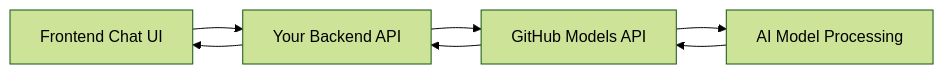
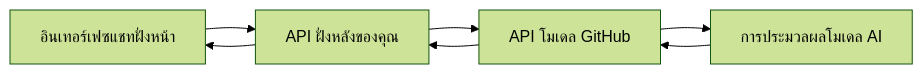
The fourth of 14 diagrams in translations/th/9-chat-project/README.md (microsoft/Web-Dev-For-Beginners), drawn with Mermaid (forest theme) before and after one commit. The commit also changed other lines of this file and 99 other files, not shown here.

````diff
--- a/translations/th/9-chat-project/README.md
+++ b/translations/th/9-chat-project/README.md
@@ -69,9 +129,9 @@
 ```mermaid
 graph LR
-    A[Frontend Chat UI] --> B[Your Backend API]
-    B --> C[GitHub Models API]
-    C --> D[AI Model Processing]
+    A[อินเทอร์เฟซแชทฝั่งหน้า] --> B[API ฝั่งหลังของคุณ]
+    B --> C[API โมเดล GitHub]
+    C --> D[การประมวลผลโมเดล AI]
     D --> C
     C --> B
     B --> A
 ```
````
